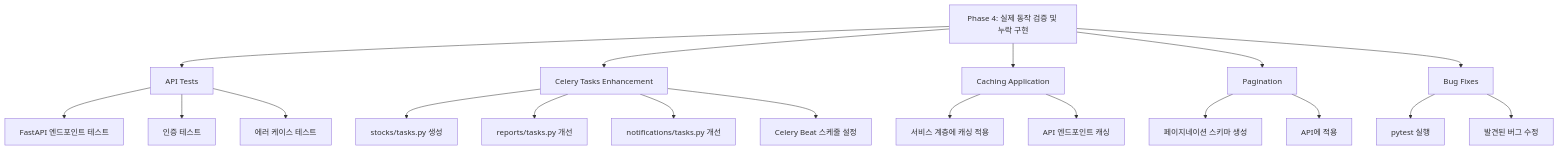
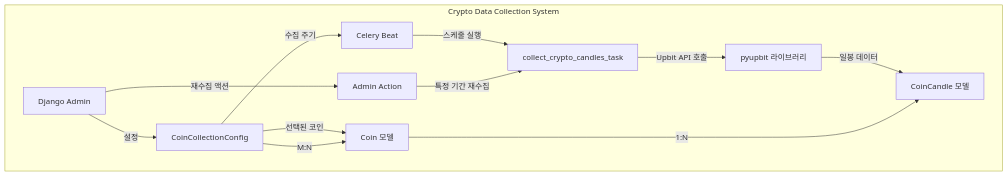
The first of 2 diagrams in kstock_reporter/ai-todolist.md (blackas/repo), drawn with Mermaid before and after one commit. The commit also changed other lines of this file and 1 other file, not shown here.

First line of the commit message:
chore: Update task list and remove obsolete files

````diff
--- a/kstock_reporter/ai-todolist.md
+++ b/kstock_reporter/ai-todolist.md
@@ -186,26 +169,18 @@
 ```mermaid
 graph TB
-    A[Phase 4: 실제 동작 검증 및 누락 구현] --> B[API Tests]
-    A --> C[Celery Tasks Enhancement]
-    A --> D[Caching Application]
-    A --> E[Pagination]
-    A --> F[Bug Fixes]
+    subgraph "Crypto Data Collection System"
+        A[Django Admin] -->|설정| B[CoinCollectionConfig]
+        B -->|선택된 코인| C[Coin 모델]
+        B -->|수집 주기| D[Celery Beat]
 
-    B --> B1[FastAPI 엔드포인트 테스트]
-    B --> B2[인증 테스트]
-    B --> B3[에러 케이스 테스트]
+        D -->|스케줄 실행| E[collect_crypto_candles_task]
+        E -->|Upbit API 호출| F[pyupbit 라이브러리]
+        F -->|일봉 데이터| G[CoinCandle 모델]
 
-    C --> C1[stocks/tasks.py 생성]
-    C --> C2[reports/tasks.py 개선]
-    C --> C3[notifications/tasks.py 개선]
-    C --> C4[Celery Beat 스케줄 설정]
+        A -->|재수집 액션| H[Admin Action]
+        H -->|특정 기간 재수집| E
 
-    D --> D1[서비스 계층에 캐싱 적용]
-    D --> D2[API 엔드포인트 캐싱]
-
-    E --> E1[페이지네이션 스키마 생성]
-    E --> E2[API에 적용]
-
-    F --> F1[pytest 실행]
-    F --> F2[발견된 버그 수정]
+        C -->|1:N| G
+        B -->|M:N| C
+    end
 ```
````
